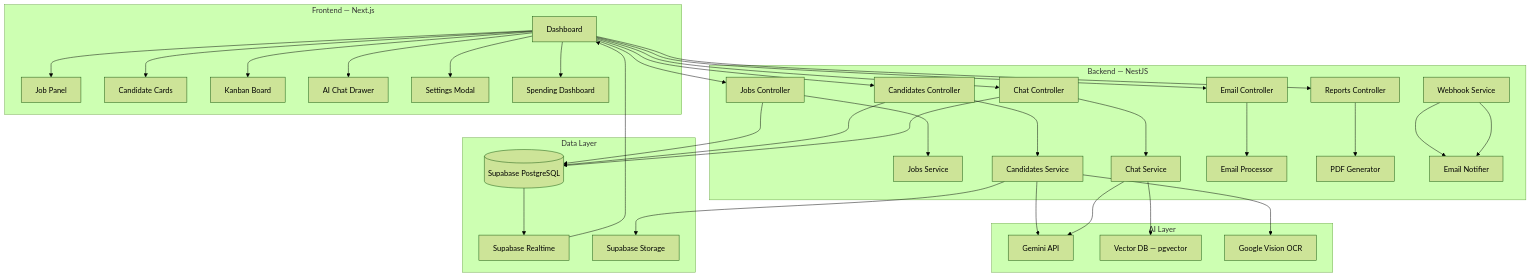
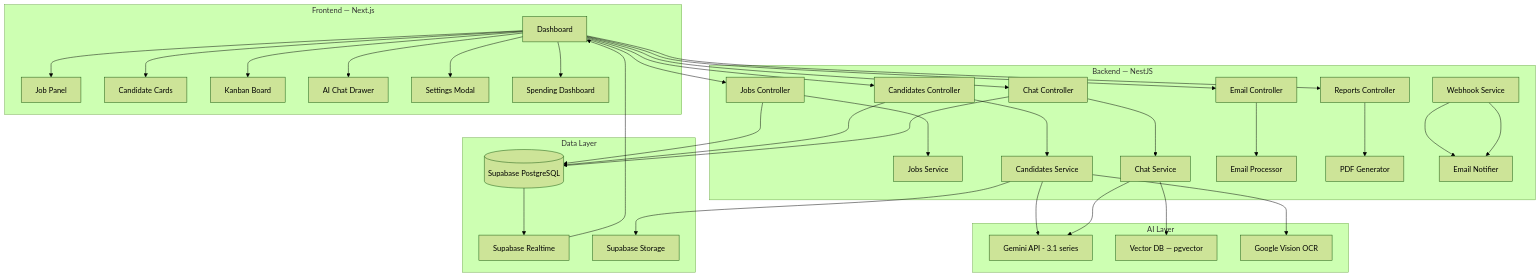
The diagram in ROADMAP.md (malgaroshy-maker/Sila-Ai), drawn with Mermaid (forest theme) before and after one commit. The commit also changed other lines of this file and 5 other files, not shown here.

Commit message:
feat(ai): implement native Gemini JSON Schema for robust structured output

````diff
--- a/ROADMAP.md
+++ b/ROADMAP.md
@@ -120,42 +141,42 @@
 ```mermaid
 graph TB
     subgraph "Frontend — Next.js"
         A[Dashboard] --> B[Job Panel]
         A --> C[Candidate Cards]
         A --> D[Kanban Board]
         A --> E[AI Chat Drawer]
         A --> F[Settings Modal]
         A --> G[Spending Dashboard]
     end
 
     subgraph "Backend — NestJS"
         H[Jobs Controller] --> I[Jobs Service]
         J[Candidates Controller] --> K[Candidates Service]
         L[Chat Controller] --> M[Chat Service]
         N[Email Controller] --> O[Email Processor]
         P[Reports Controller] --> Q[PDF Generator]
         R[Webhook Service] --> S[Email Notifier]
     end
 
     subgraph "AI Layer"
-        T[Gemini API]
+        T[Gemini API - 3.1 series]
         U[Vector DB — pgvector]
         V[Google Vision OCR]
     end
 
     subgraph "Data Layer"
         W[(Supabase PostgreSQL)]
         X[Supabase Realtime]
         Y[Supabase Storage]
     end
 
     A --> H & J & L & N & P
     K --> T
     M --> T
     M --> U
     K --> V
     H & J & L --> W
     W --> X --> A
     K --> Y
     R --> S
 ```
````
